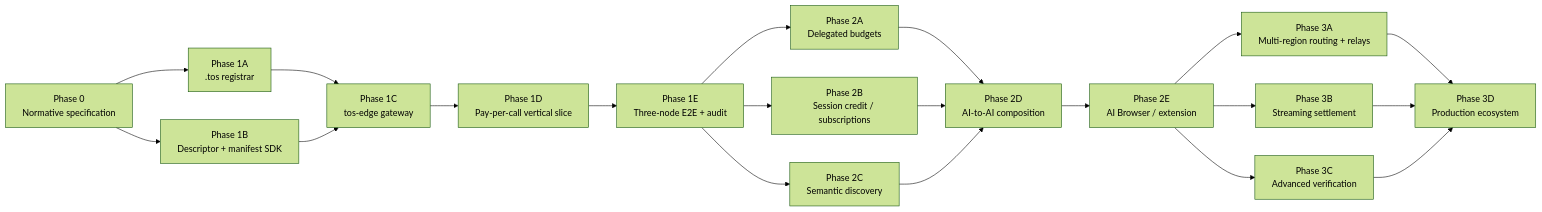
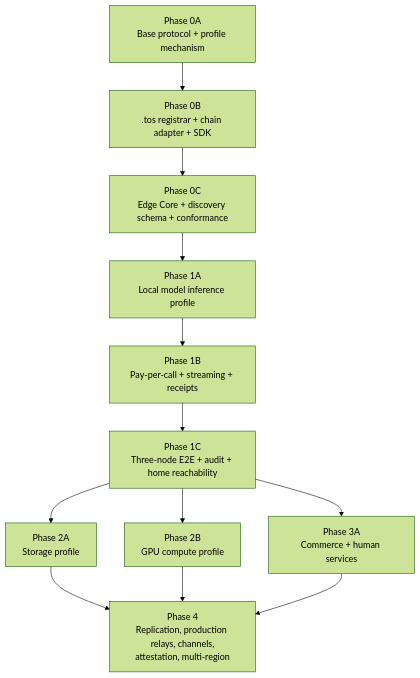
Before and after one commit to tosnetwork/tos: the fifth of 5 diagrams in doc/the-tos-protocol-implementation-plan.md, drawn with Mermaid (forest theme). The commit also changed other lines of this file and 3 other files, not shown here.

Commit message:
Expand TOS service protocol implementation plan

````diff
--- a/doc/the-tos-protocol-implementation-plan.md
+++ b/doc/the-tos-protocol-implementation-plan.md
@@ -797,24 +1178,17 @@
 ```mermaid
-flowchart LR
-    P0["Phase 0<br/>Normative specification"] --> P1A["Phase 1A<br/>.tos registrar"]
-    P0 --> P1B["Phase 1B<br/>Descriptor + manifest SDK"]
-    P1A --> P1C["Phase 1C<br/>tos-edge gateway"]
-    P1B --> P1C
-    P1C --> P1D["Phase 1D<br/>Pay-per-call vertical slice"]
-    P1D --> P1E["Phase 1E<br/>Three-node E2E + audit"]
+flowchart TB
+    P0A["Phase 0A<br/>Base protocol + profile mechanism"] --> P0B["Phase 0B<br/>.tos registrar + chain adapter + SDK"]
+    P0B --> P0C["Phase 0C<br/>Edge Core + discovery schema + conformance"]
 
-    P1E --> P2A["Phase 2A<br/>Delegated budgets"]
-    P1E --> P2B["Phase 2B<br/>Session credit / subscriptions"]
-    P1E --> P2C["Phase 2C<br/>Semantic discovery"]
-    P2A --> P2D["Phase 2D<br/>AI-to-AI composition"]
-    P2B --> P2D
-    P2C --> P2D
-    P2D --> P2E["Phase 2E<br/>AI Browser / extension"]
+    P0C --> P1A["Phase 1A<br/>Local model inference profile"]
+    P1A --> P1B["Phase 1B<br/>Pay-per-call + streaming + receipts"]
+    P1B --> P1C["Phase 1C<br/>Three-node E2E + audit + home reachability"]
 
-    P2E --> P3A["Phase 3A<br/>Multi-region routing + relays"]
-    P2E --> P3B["Phase 3B<br/>Streaming settlement"]
-    P2E --> P3C["Phase 3C<br/>Advanced verification"]
-    P3A --> P3D["Phase 3D<br/>Production ecosystem"]
-    P3B --> P3D
-    P3C --> P3D
+    P1C --> P2A["Phase 2A<br/>Storage profile"]
+    P1C --> P2B["Phase 2B<br/>GPU compute profile"]
+    P1C --> P3A["Phase 3A<br/>Commerce + human services"]
+
+    P2A --> P4["Phase 4<br/>Replication, production relays, channels,<br/>attestation, multi-region"]
+    P2B --> P4
+    P3A --> P4
 ```
````
